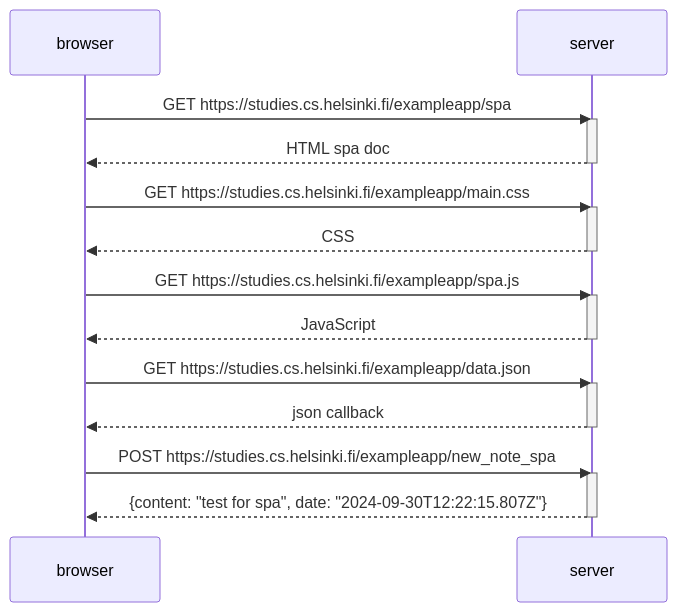
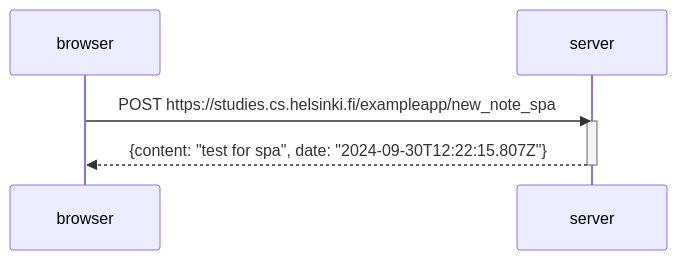
The diagram in part0/0.6.md (PiwkoM/FullStackOpen_Piwko4TC), drawn with Mermaid before and after one commit.

````diff
--- a/part0/0.6.md
+++ b/part0/0.6.md
@@ -1,32 +1,14 @@
 ```mermaid
 
 sequenceDiagram
     participant browser
     participant server
 
-    browser->>server: GET https://studies.cs.helsinki.fi/exampleapp/spa
-    activate server
-    server-->>browser: HTML spa doc
-    deactivate server
 
-    browser->>server: GET https://studies.cs.helsinki.fi/exampleapp/main.css
-    activate server
-    server-->>browser: CSS
-    deactivate server
-
-    browser->>server: GET https://studies.cs.helsinki.fi/exampleapp/spa.js
-    activate server
-    server-->>browser: JavaScript 
-    deactivate server
-
-    browser->>server: GET https://studies.cs.helsinki.fi/exampleapp/data.json
-    activate server
-    server-->>browser: json callback 
-    deactivate server
 
     browser->>server: POST https://studies.cs.helsinki.fi/exampleapp/new_note_spa
     activate server
     server-->>browser: {content: "test for spa", date: "2024-09-30T12:22:15.807Z"}
     deactivate server
     
 ```
````
